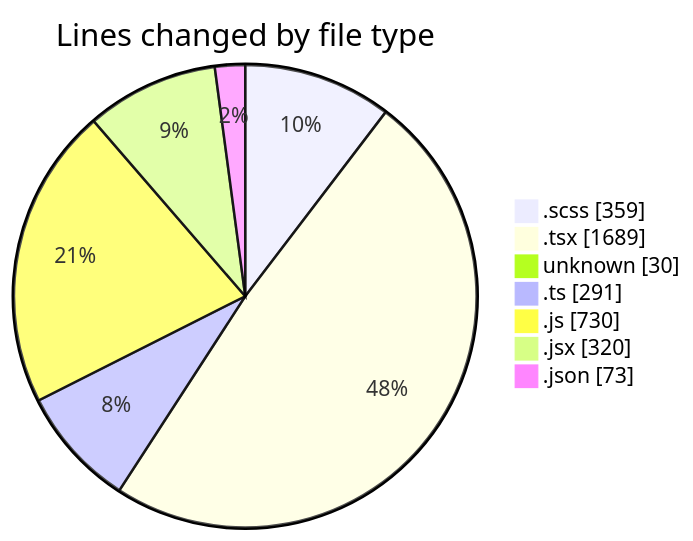
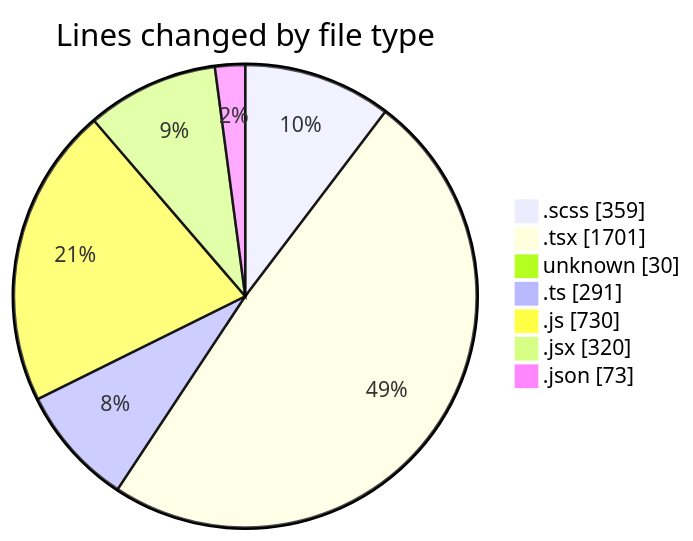
The first of 2 diagrams in 2025-03-05/cda/README.md (momahboobian/code-tracking), drawn with Mermaid before and after one commit. The commit also changed other lines of this file and 1 other file, not shown here.

````diff
--- a/2025-03-05/cda/README.md
+++ b/2025-03-05/cda/README.md
@@ -45,11 +45,11 @@
 ```mermaid
 pie showData
 title Lines changed by file type
 ".scss" : 359
-".tsx" : 1689
+".tsx" : 1701
 "unknown" : 30
 ".ts" : 291
 ".js" : 730
 ".jsx" : 320
 ".json" : 73
 ```
````
